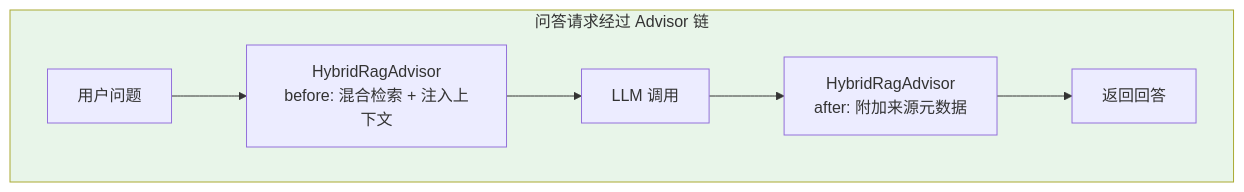
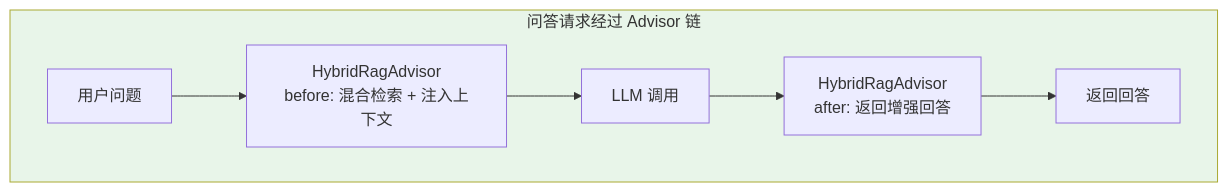
One commit to UranusGit/java-agent-learn changed the fifth of 7 diagrams in docs/项目/01-智能文档助手/03-迭代二-多源检索与重排.md. Above: the diagram before and after it, drawn with Mermaid. The commit also changed other lines of this file and 206 other files, not shown here.

````diff
--- a/docs/项目/01-智能文档助手/03-迭代二-多源检索与重排.md
+++ b/docs/项目/01-智能文档助手/03-迭代二-多源检索与重排.md
@@ -549,12 +679,12 @@
 ```mermaid
 graph LR
     subgraph Advisor链["问答请求经过 Advisor 链"]
         direction LR
         REQ["用户问题"] --> A1["HybridRagAdvisor<br/>before: 混合检索 + 注入上下文"]
         A1 --> LLM["LLM 调用"]
-        LLM --> A2["HybridRagAdvisor<br/>after: 附加来源元数据"]
+        LLM --> A2["HybridRagAdvisor<br/>after: 返回增强回答"]
         A2 --> RESP["返回回答"]
     end
 
     style Advisor链 fill:#e8f5e9
 ```
````
